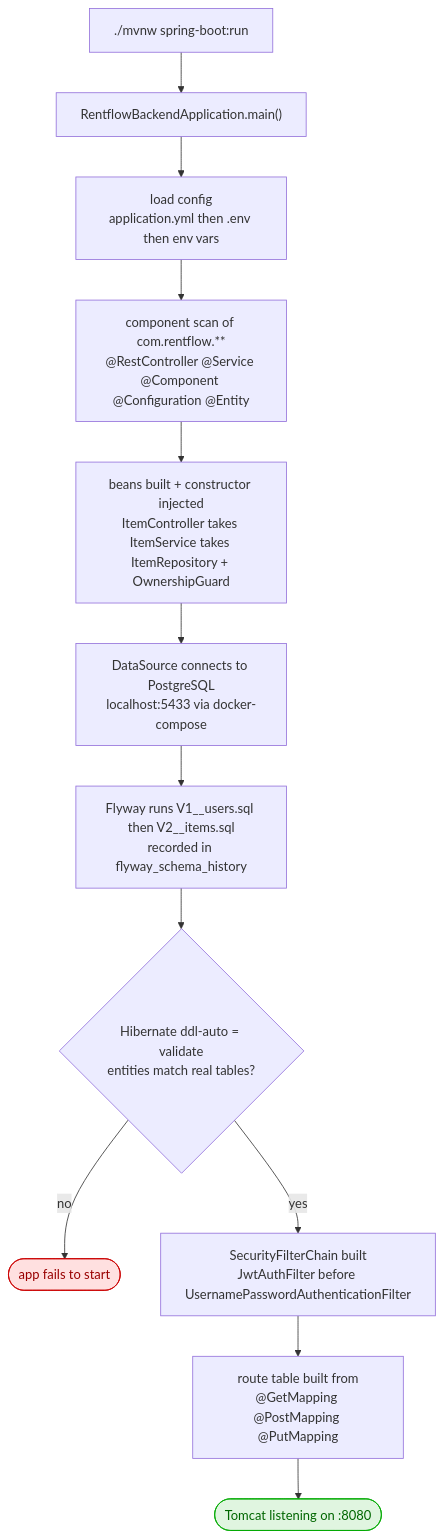
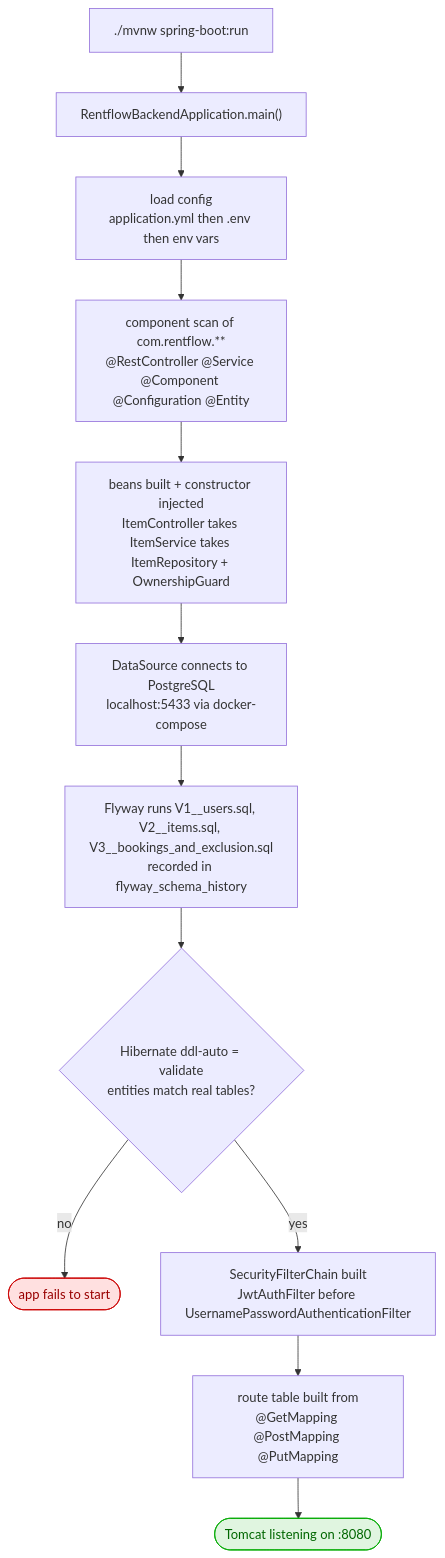
Before and after one commit to RajatRajSharma/rentFlowBackend: diagram 12 of 13 in docs/API_FLOW.md, drawn with Mermaid. The commit also changed other lines of this file and 19 other files, not shown here.

````diff
--- a/docs/API_FLOW.md
+++ b/docs/API_FLOW.md
@@ -317,19 +492,19 @@
 ```mermaid
 flowchart TD
     A["./mvnw spring-boot:run"] --> B["RentflowBackendApplication.main()"]
     B --> C["load config<br/>application.yml then .env then env vars"]
     C --> D["component scan of com.rentflow.**<br/>@RestController @Service @Component @Configuration @Entity"]
     D --> E["beans built + constructor injected<br/>ItemController takes ItemService takes ItemRepository + OwnershipGuard"]
     E --> F["DataSource connects to PostgreSQL<br/>localhost:5433 via docker-compose"]
-    F --> G["Flyway runs V1__users.sql then V2__items.sql<br/>recorded in flyway_schema_history"]
+    F --> G["Flyway runs V1__users.sql, V2__items.sql, V3__bookings_and_exclusion.sql<br/>recorded in flyway_schema_history"]
     G --> H{"Hibernate ddl-auto = validate<br/>entities match real tables?"}
     H -->|no| X(["app fails to start"])
     H -->|yes| I["SecurityFilterChain built<br/>JwtAuthFilter before UsernamePasswordAuthenticationFilter"]
     I --> J["route table built from<br/>@GetMapping @PostMapping @PutMapping"]
     J --> K(["Tomcat listening on :8080"])
 
     classDef err fill:#ffe0e0,stroke:#c00,color:#900
     classDef ok fill:#e0f5e0,stroke:#0a0,color:#060
     class X err
     class K ok
 ```
````
